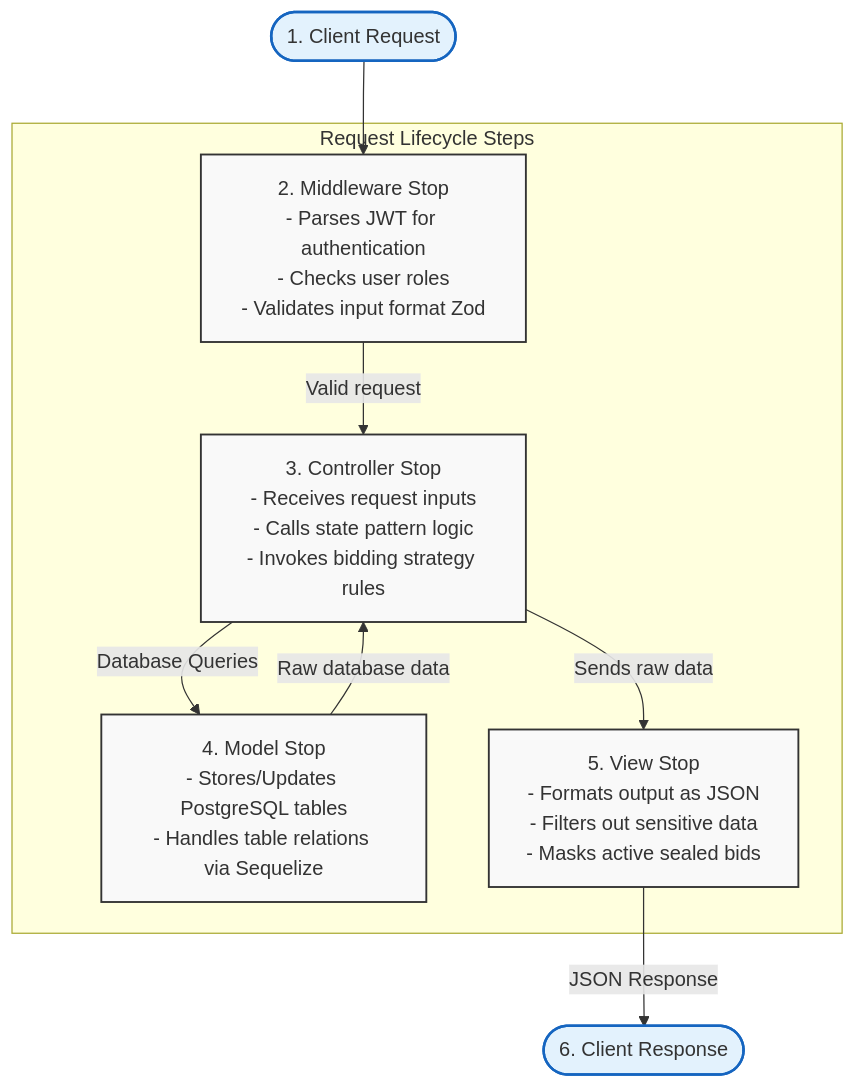
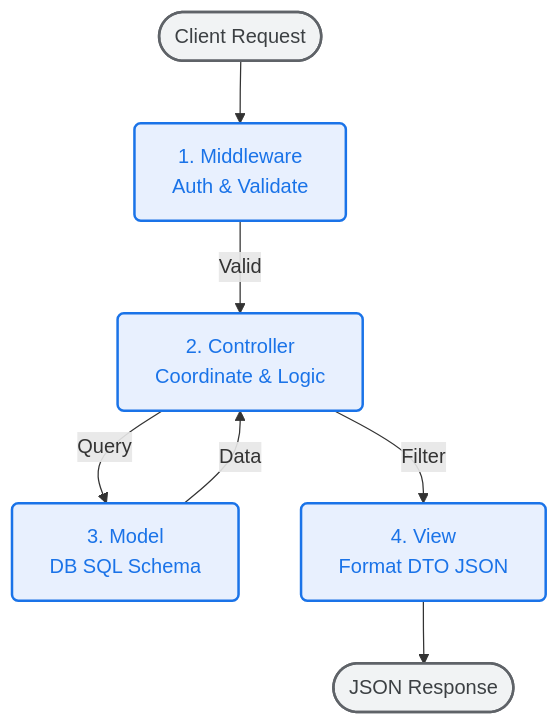
One commit to HassenChaaben/Auction-management-backend-app changed the third of 7 diagrams in README.md. Above: the diagram before and after it, drawn with Mermaid. The commit also changed other lines of this file, not shown here.

Commit message:
docs: modernize and downsize the vertical request lifecycle diagram in README

````diff
--- a/README.md
+++ b/README.md
@@ -238,24 +240,16 @@
 ```mermaid
 graph TD
-    classDef client fill:#e3f2fd,stroke:#1565c0,stroke-width:2px;
-    classDef component fill:#f9f9f9,stroke:#333,stroke-width:1.5px;
-    
-    Client([1. Client Request]) --> Middleware
-    
-    subgraph Stops [Request Lifecycle Steps]
-        Middleware[2. Middleware Stop<br/>- Parses JWT for authentication<br/>- Checks user roles<br/>- Validates input format Zod]
-        
-        Middleware -->|Valid request| Controller[3. Controller Stop<br/>- Receives request inputs<br/>- Calls state pattern logic<br/>- Invokes bidding strategy rules]
-        
-        Controller -->|Database Queries| Model[4. Model Stop<br/>- Stores/Updates PostgreSQL tables<br/>- Handles table relations via Sequelize]
-        
-        Model -->|Raw database data| Controller
-        
-        Controller -->|Sends raw data| View[5. View Stop<br/>- Formats output as JSON<br/>- Filters out sensitive data<br/>- Masks active sealed bids]
-    end
-    
-    View -->|JSON Response| Response([6. Client Response])
+    classDef default fill:#fafafa,stroke:#e0e0e0,stroke-width:1px,rx:5px,ry:5px;
+    classDef active fill:#e8f0fe,stroke:#1a73e8,stroke-width:2px,color:#1a73e8,rx:5px,ry:5px;
+    classDef endpoint fill:#f1f3f4,stroke:#5f6368,stroke-width:2px,color:#3c4043,rx:20px,ry:20px;
 
-    class Client,Response client;
-    class Middleware,Controller,Model,View component;
+    Req([Client Request]) --> MW[1. Middleware<br/>Auth & Validate]
+    MW -->|Valid| CTL[2. Controller<br/>Coordinate & Logic]
+    CTL -->|Query| MDL[3. Model<br/>DB SQL Schema]
+    MDL -->|Data| CTL
+    CTL -->|Filter| VW[4. View<br/>Format DTO JSON]
+    VW --> Res([JSON Response])
+
+    class Req,Res endpoint;
+    class MW,CTL,MDL,VW active;
 ```
````
